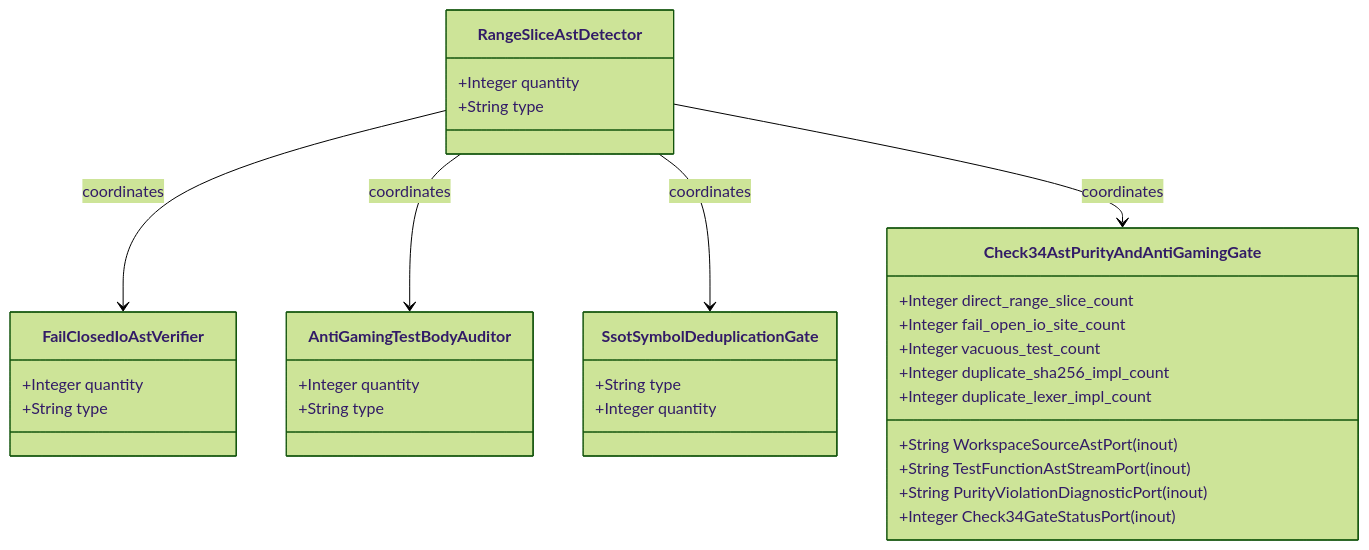
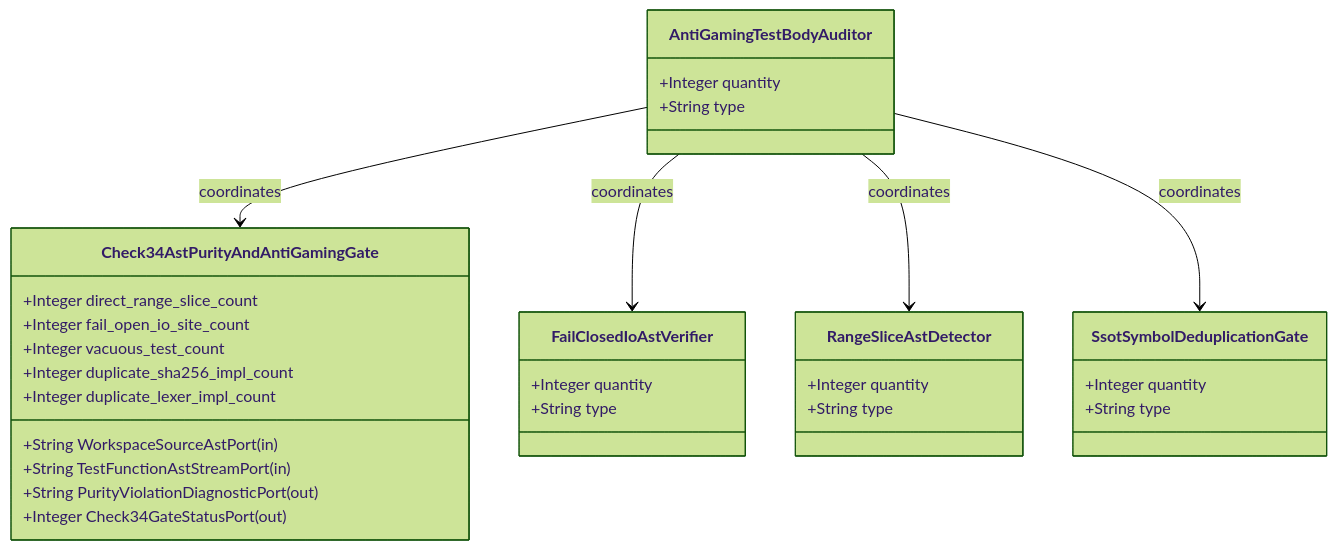
The first of 2 diagrams in .pipeline/upstream/docs/epics/EPIC-02-BP_02_Check_34_AST_Purity_Fail_Closed_IO_and_Anti_Gaming_Test_Gate_Blueprint.md (gintatkinson/DEAP01-spec-core), drawn with Mermaid (forest theme) before and after one commit. The commit also changed other lines of this file and 213 other files, not shown here.

````diff
--- a/.pipeline/upstream/docs/epics/EPIC-02-BP_02_Check_34_AST_Purity_Fail_Closed_IO_and_Anti_Gaming_Test_Gate_Blueprint.md
+++ b/.pipeline/upstream/docs/epics/EPIC-02-BP_02_Check_34_AST_Purity_Fail_Closed_IO_and_Anti_Gaming_Test_Gate_Blueprint.md
@@ -61,34 +57,34 @@
 ```mermaid
 classDiagram
-    class RangeSliceAstDetector {
-        +Integer quantity
-        +String type
-    }
-    class FailClosedIoAstVerifier {
-        +Integer quantity
-        +String type
-    }
     class AntiGamingTestBodyAuditor {
         +Integer quantity
         +String type
     }
-    class SsotSymbolDeduplicationGate {
-        +String type
-        +Integer quantity
-    }
     class Check34AstPurityAndAntiGamingGate {
-        +String WorkspaceSourceAstPort (inout)
-        +String TestFunctionAstStreamPort (inout)
-        +String PurityViolationDiagnosticPort (inout)
-        +Integer Check34GateStatusPort (inout)
+        +String WorkspaceSourceAstPort (in)
+        +String TestFunctionAstStreamPort (in)
+        +String PurityViolationDiagnosticPort (out)
+        +Integer Check34GateStatusPort (out)
         +Integer direct_range_slice_count
         +Integer fail_open_io_site_count
         +Integer vacuous_test_count
         +Integer duplicate_sha256_impl_count
         +Integer duplicate_lexer_impl_count
     }
-    RangeSliceAstDetector --> FailClosedIoAstVerifier : coordinates
-    RangeSliceAstDetector --> AntiGamingTestBodyAuditor : coordinates
-    RangeSliceAstDetector --> SsotSymbolDeduplicationGate : coordinates
-    RangeSliceAstDetector --> Check34AstPurityAndAntiGamingGate : coordinates
+    class FailClosedIoAstVerifier {
+        +Integer quantity
+        +String type
+    }
+    class RangeSliceAstDetector {
+        +Integer quantity
+        +String type
+    }
+    class SsotSymbolDeduplicationGate {
+        +Integer quantity
+        +String type
+    }
+    AntiGamingTestBodyAuditor --> Check34AstPurityAndAntiGamingGate : coordinates
+    AntiGamingTestBodyAuditor --> FailClosedIoAstVerifier : coordinates
+    AntiGamingTestBodyAuditor --> RangeSliceAstDetector : coordinates
+    AntiGamingTestBodyAuditor --> SsotSymbolDeduplicationGate : coordinates
 ```
````
